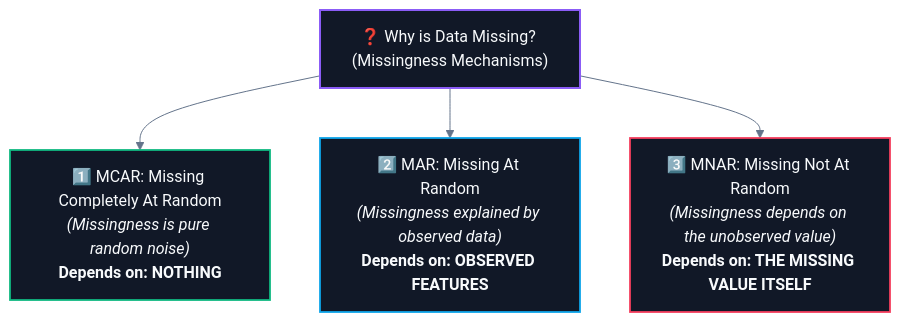
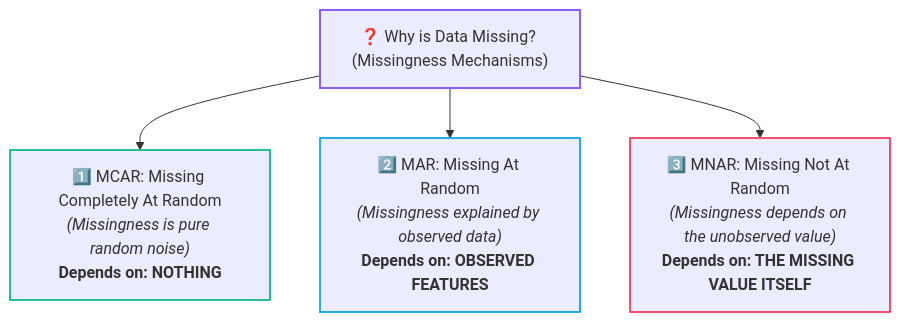
The first of 4 diagrams in CS/AI & ML/02. Data Preprocessing/03. Missing Value Imputation.md (abhinavbharti2345/CS_Notes), drawn with Mermaid before and after one commit. The commit also changed other lines of this file and 91 other files, not shown here.

````diff
--- a/CS/AI & ML/02. Data Preprocessing/03. Missing Value Imputation.md
+++ b/CS/AI & ML/02. Data Preprocessing/03. Missing Value Imputation.md
@@ -46,19 +46,18 @@
 ```mermaid
-%%{init: {'theme': 'base', 'themeVariables': { 'darkMode': true, 'background': '#0B0F14', 'mainBkg': '#111827', 'primaryColor': '#111827', 'primaryTextColor': '#F8FAFC', 'primaryBorderColor': '#38BDF8', 'lineColor': '#64748B', 'secondaryColor': '#0B0F14', 'tertiaryColor': '#0B0F14', 'clusterBkg': '#0B0F14', 'clusterBorder': '#38BDF8' }}}%%
 flowchart TD
     Mech["❓ Why is Data Missing? (Missingness Mechanisms)"]
     
     Mech --> MCAR["1️⃣ MCAR: Missing Completely At Random<br/><i>(Missingness is pure random noise)</i><br/><b>Depends on: NOTHING</b>"]
     Mech --> MAR["2️⃣ MAR: Missing At Random<br/><i>(Missingness explained by observed data)</i><br/><b>Depends on: OBSERVED FEATURES</b>"]
     Mech --> MNAR["3️⃣ MNAR: Missing Not At Random<br/><i>(Missingness depends on the unobserved value)</i><br/><b>Depends on: THE MISSING VALUE ITSELF</b>"]
 
-    classDef root fill:#111827,stroke:#8b5cf6,stroke-width:2px,color:#F8FAFC;
-    classDef mcar fill:#111827,stroke:#10b981,stroke-width:1.8px,color:#F8FAFC;
-    classDef mar fill:#111827,stroke:#0ea5e9,stroke-width:1.8px,color:#F8FAFC;
-    classDef mnar fill:#111827,stroke:#f43f5e,stroke-width:1.8px,color:#F8FAFC;
+    classDef root stroke:#8b5cf6,stroke-width:2px;
+    classDef mcar stroke:#10b981,stroke-width:1.8px;
+    classDef mar stroke:#0ea5e9,stroke-width:1.8px;
+    classDef mnar stroke:#f43f5e,stroke-width:1.8px;
 
     class Mech root;
     class MCAR mcar;
     class MAR mar;
     class MNAR mnar;
 ```
````
